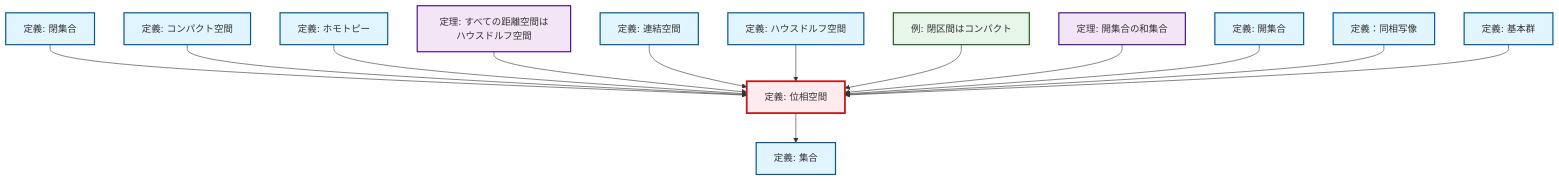
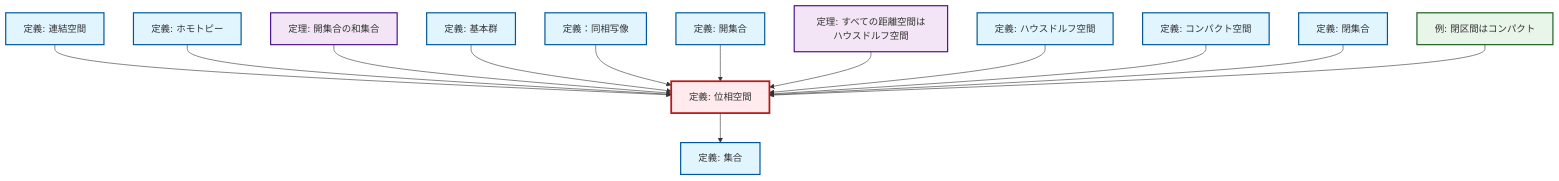
The diagram in content/ja/topology/def-topological-space.qmd (RK0429/ModernMath), drawn with Mermaid before and after one commit. The commit also changed 672 other files, not shown here.

````diff
--- a/content/ja/topology/def-topological-space.qmd
+++ b/content/ja/topology/def-topological-space.qmd
@@ -61,47 +61,47 @@
 ```{mermaid}
-%%| fig-cap: "Local dependency graph"
+%%| fig-cap: "ローカル依存関係グラフ"
 graph TD
     classDef definition fill:#e1f5fe,stroke:#01579b,stroke-width:2px
     classDef theorem fill:#f3e5f5,stroke:#4a148c,stroke-width:2px
     classDef axiom fill:#fff3e0,stroke:#e65100,stroke-width:2px
     classDef example fill:#e8f5e9,stroke:#1b5e20,stroke-width:2px
     classDef current fill:#ffebee,stroke:#b71c1c,stroke-width:3px
+    def-set["定義: 集合"]:::definition
+    def-topological-space["定義: 位相空間"]:::definition
+    def-compact["定義: コンパクト空間"]:::definition
+    def-homeomorphism["定義：同相写像"]:::definition
+    def-closed-set["定義: 閉集合"]:::definition
+    thm-metric-hausdorff["定理: すべての距離空間はハウスドルフ空間"]:::theorem
+    thm-union-open-sets["定理: 開集合の和集合"]:::theorem
+    def-homotopy["定義: ホモトピー"]:::definition
+    ex-closed-interval-compact["例: 閉区間はコンパクト"]:::example
+    def-open-set["定義: 開集合"]:::definition
     def-fundamental-group["定義: 基本群"]:::definition
+    def-hausdorff["定義: ハウスドルフ空間"]:::definition
     def-connected["定義: 連結空間"]:::definition
-    def-homotopy["定義: ホモトピー"]:::definition
-    def-open-set["定義: 開集合"]:::definition
-    def-set["定義: 集合"]:::definition
-    def-homeomorphism["定義：同相写像"]:::definition
-    thm-metric-hausdorff["定理: すべての距離空間はハウスドルフ空間"]:::theorem
-    def-topological-space["定義: 位相空間"]:::definition
-    thm-union-open-sets["定理: 開集合の和集合"]:::theorem
-    def-closed-set["定義: 閉集合"]:::definition
-    def-hausdorff["定義: ハウスドルフ空間"]:::definition
-    ex-closed-interval-compact["例: 閉区間はコンパクト"]:::example
-    def-compact["定義: コンパクト空間"]:::definition
+    def-connected --> def-topological-space
+    def-homotopy --> def-topological-space
+    thm-union-open-sets --> def-topological-space
+    def-fundamental-group --> def-topological-space
+    def-topological-space --> def-set
+    def-homeomorphism --> def-topological-space
+    def-open-set --> def-topological-space
+    thm-metric-hausdorff --> def-topological-space
+    def-hausdorff --> def-topological-space
+    def-compact --> def-topological-space
     def-closed-set --> def-topological-space
-    def-compact --> def-topological-space
-    def-homotopy --> def-topological-space
-    thm-metric-hausdorff --> def-topological-space
-    def-connected --> def-topological-space
-    def-hausdorff --> def-topological-space
     ex-closed-interval-compact --> def-topological-space
-    def-topological-space --> def-set
-    thm-union-open-sets --> def-topological-space
-    def-open-set --> def-topological-space
-    def-homeomorphism --> def-topological-space
-    def-fundamental-group --> def-topological-space
     class def-topological-space current
-    click def-fundamental-group "def-fundamental-group.html" "基本群の定義へ"
-    click def-connected "def-connected.html" "連結空間の定義へ"
-    click def-homotopy "def-homotopy.html" "ホモトピーの定義へ"
-    click def-open-set "def-open-set.html" "開集合の定義へ"
     click def-set "def-set.html" "集合の定義へ"
+    click def-compact "def-compact.html" "コンパクト空間の定義へ"
     click def-homeomorphism "def-homeomorphism.html" "定義：同相写像へ"
+    click def-closed-set "def-closed-set.html" "閉集合の定義へ"
     click thm-metric-hausdorff "thm-metric-hausdorff.html" "すべての距離空間はハウスドルフ空間の定理へ"
     click thm-union-open-sets "thm-union-open-sets.html" "開集合の和集合の定理へ"
-    click def-closed-set "def-closed-set.html" "閉集合の定義へ"
+    click def-homotopy "def-homotopy.html" "ホモトピーの定義へ"
+    click ex-closed-interval-compact "ex-closed-interval-compact.html" "閉区間はコンパクトの例へ"
+    click def-open-set "def-open-set.html" "開集合の定義へ"
+    click def-fundamental-group "def-fundamental-group.html" "基本群の定義へ"
     click def-hausdorff "def-hausdorff.html" "ハウスドルフ空間の定義へ"
-    click ex-closed-interval-compact "ex-closed-interval-compact.html" "閉区間はコンパクトの例へ"
-    click def-compact "def-compact.html" "コンパクト空間の定義へ"
+    click def-connected "def-connected.html" "連結空間の定義へ"
 ```
````
